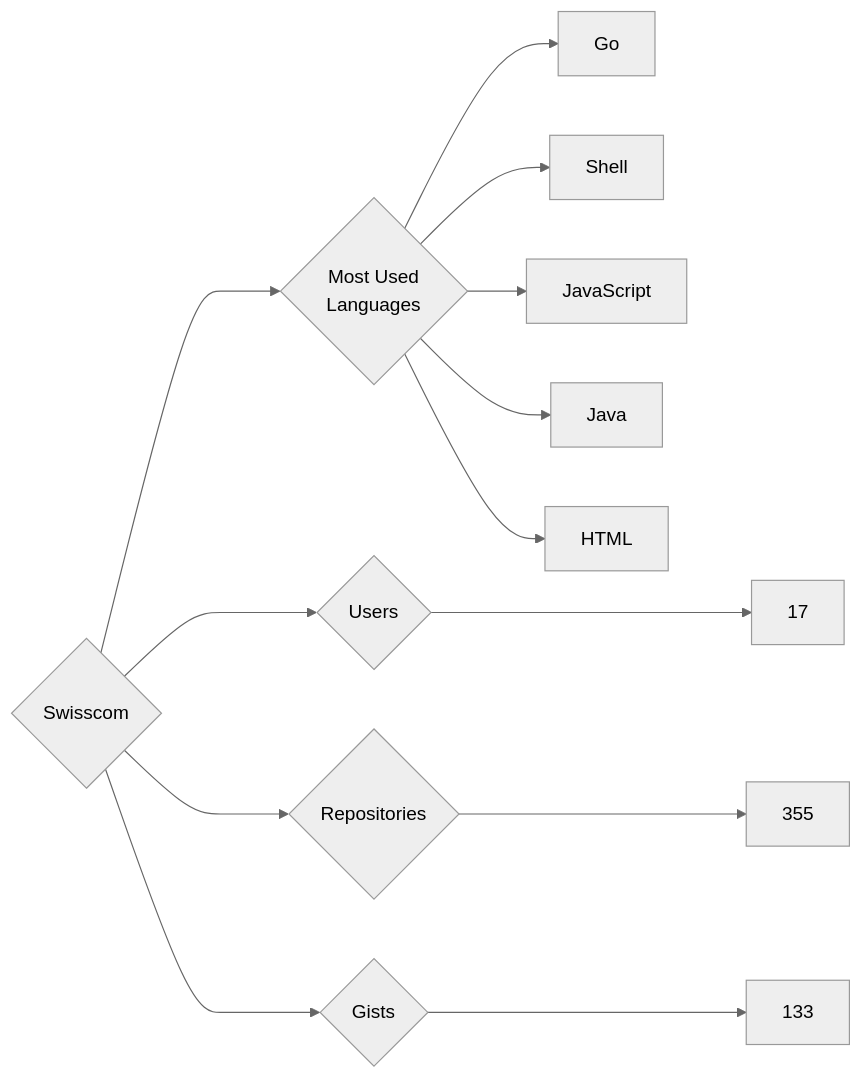
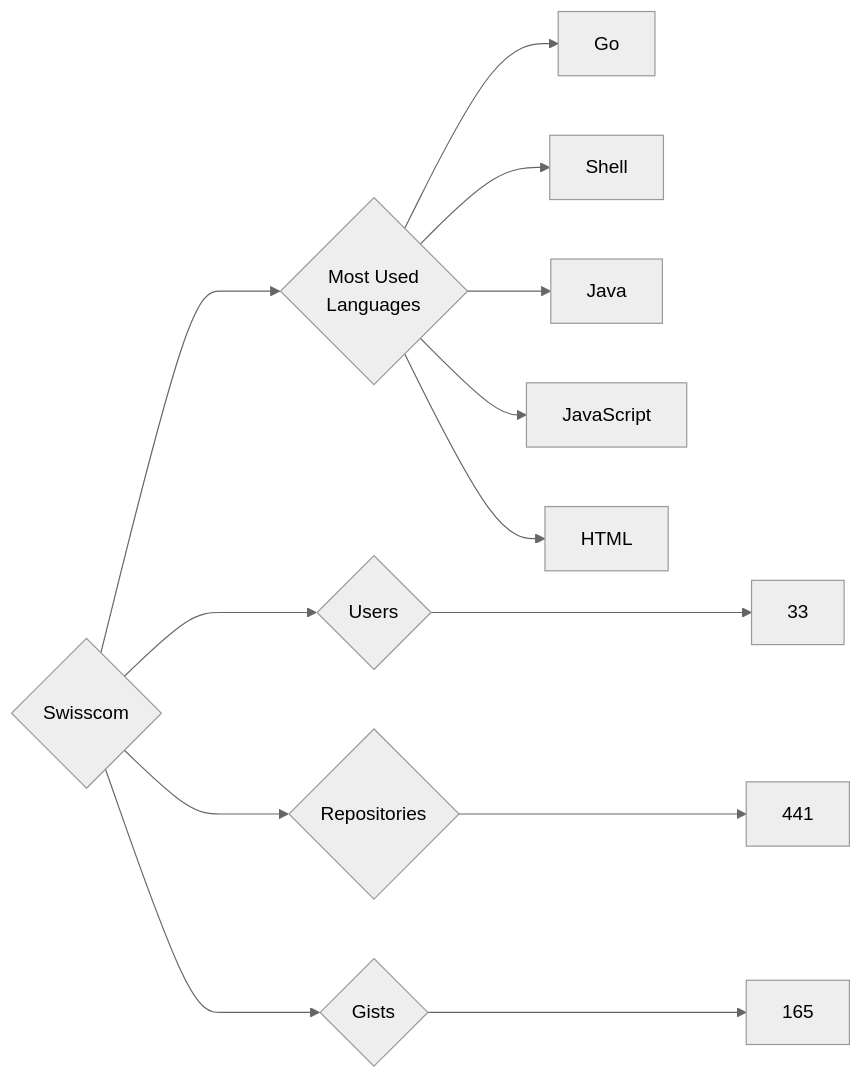
The diagram in targets/Swisscom/README.md (trickest/insiders), drawn with Mermaid (neutral theme) before and after one commit. The commit also changed 948 other files, not shown here.

````diff
--- a/targets/Swisscom/README.md
+++ b/targets/Swisscom/README.md
@@ -3,13 +3,13 @@
 ```mermaid
 graph LR
 COMPANY_NAME{Swisscom}
-COMPANY_NAME ---> U{Users} ---> UN[17]
-COMPANY_NAME ---> R{Repositories} ---> RN[355]
-COMPANY_NAME ---> G{Gists} ---> GN[133]
+COMPANY_NAME ---> U{Users} ---> UN[33]
+COMPANY_NAME ---> R{Repositories} ---> RN[441]
+COMPANY_NAME ---> G{Gists} ---> GN[165]
 COMPANY_NAME ---> ML{Most Used<br>Languages}
 ML --> Go[Go]
 ML --> Shell[Shell]
+ML --> Java[Java]
 ML --> JavaScript[JavaScript]
-ML --> Java[Java]
 ML --> HTML[HTML]
 ```
````
